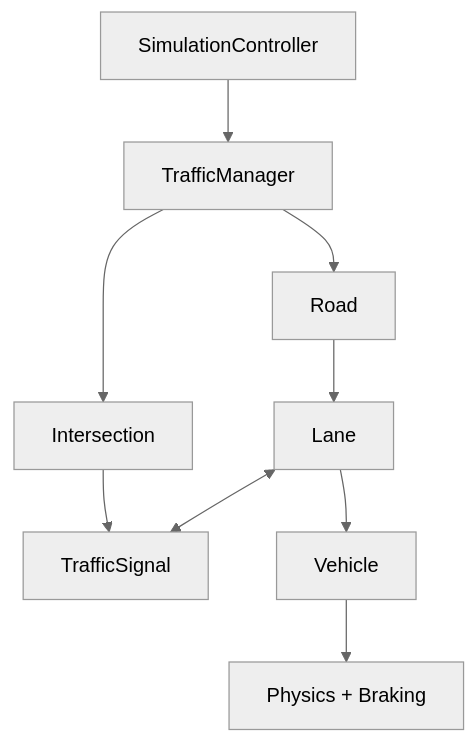
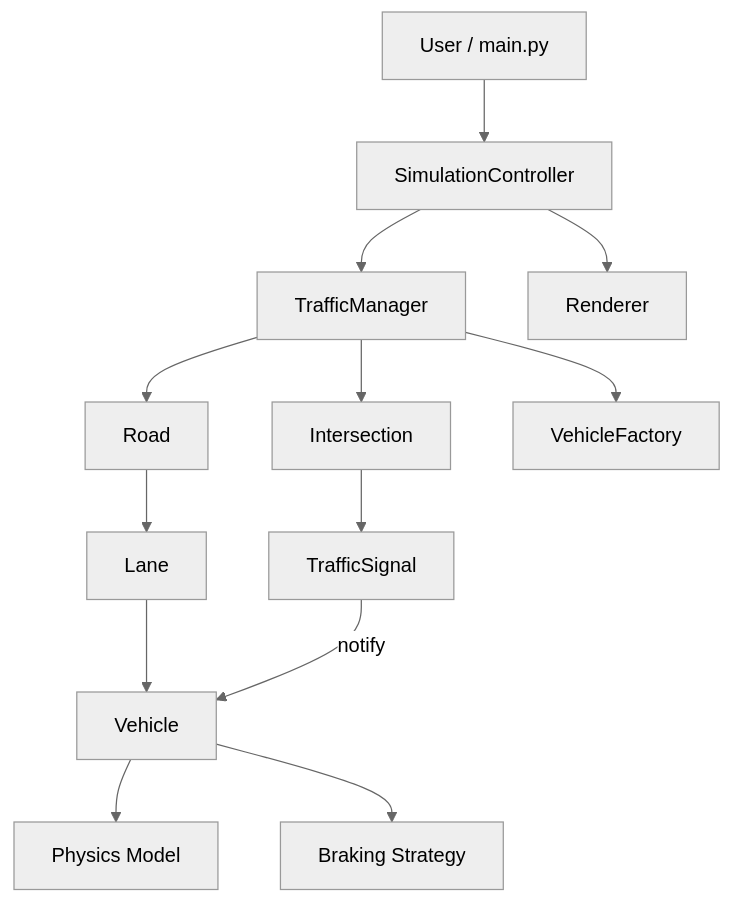
Before and after one commit to krishiv274/FlowSync: the diagram in README.md, drawn with Mermaid (neutral theme). The commit also changed other lines of this file and 4 other files, not shown here.

Commit message:
docs(README, Factory, Observer, Strategy, Architecture_Report): update documentation for clarity and consistency, enhance architectural overview, and add detailed design pattern explanations

````diff
--- a/README.md
+++ b/README.md
@@ -28,11 +31,17 @@
 ```mermaid
 flowchart TD
-    A[SimulationController] --> B[TrafficManager]
-    B --> C[Road]
-    B --> D[Intersection]
-    C --> E[Lane]
-    D --> F[TrafficSignal]
-    E <--> F
-    E --> G[Vehicle]
-    G --> H[Physics + Braking]
+    User[User / main.py] --> SC[SimulationController]
+    SC --> TM[TrafficManager]
+    SC --> R[Renderer]
+
+    TM --> I[Intersection]
+    TM --> RO[Road]
+    RO --> L[Lane]
+    I --> TS[TrafficSignal]
+    L --> V[Vehicle]
+
+    TS -->|notify| V
+    V --> PM[Physics Model]
+    V --> BS[Braking Strategy]
+    TM --> VF[VehicleFactory]
 ```
````
